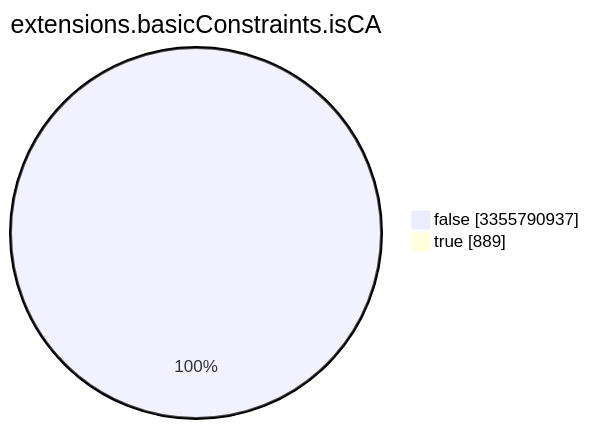
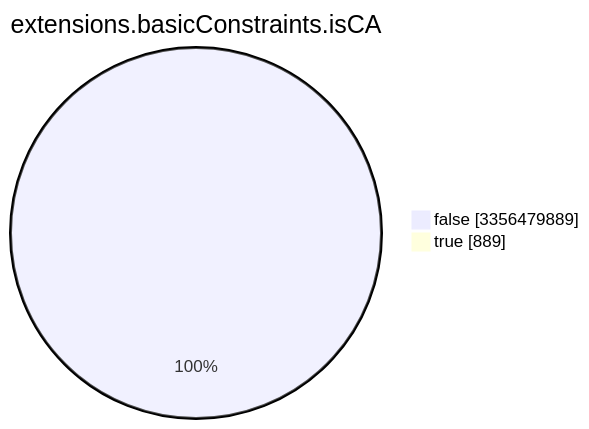
One commit to christiankrug/ctmonitor_visualization changed the seventh of 15 diagrams in TOTAL/README.md. Above: the diagram before and after it, drawn with Mermaid. The commit also changed other lines of this file, not shown here.

````diff
--- a/TOTAL/README.md
+++ b/TOTAL/README.md
@@ -3089,6 +3089,6 @@
 ```mermaid
 pie showData
 title extensions.basicConstraints.isCA
-"false" :3355790937
+"false" :3356479889
 "true" :889
 ```
````
